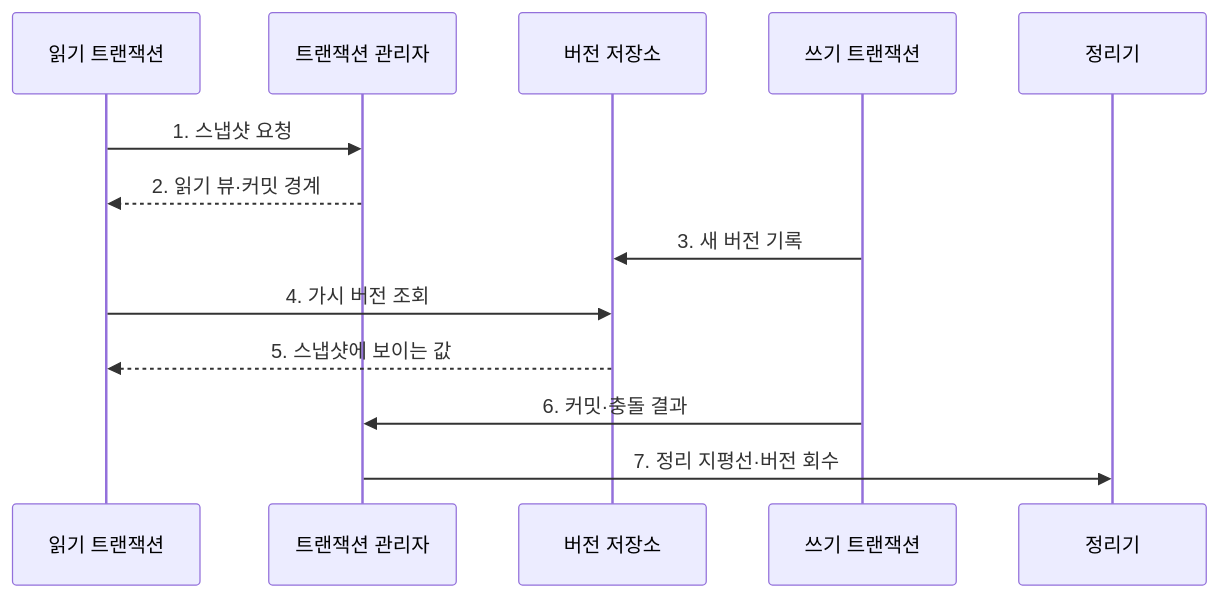
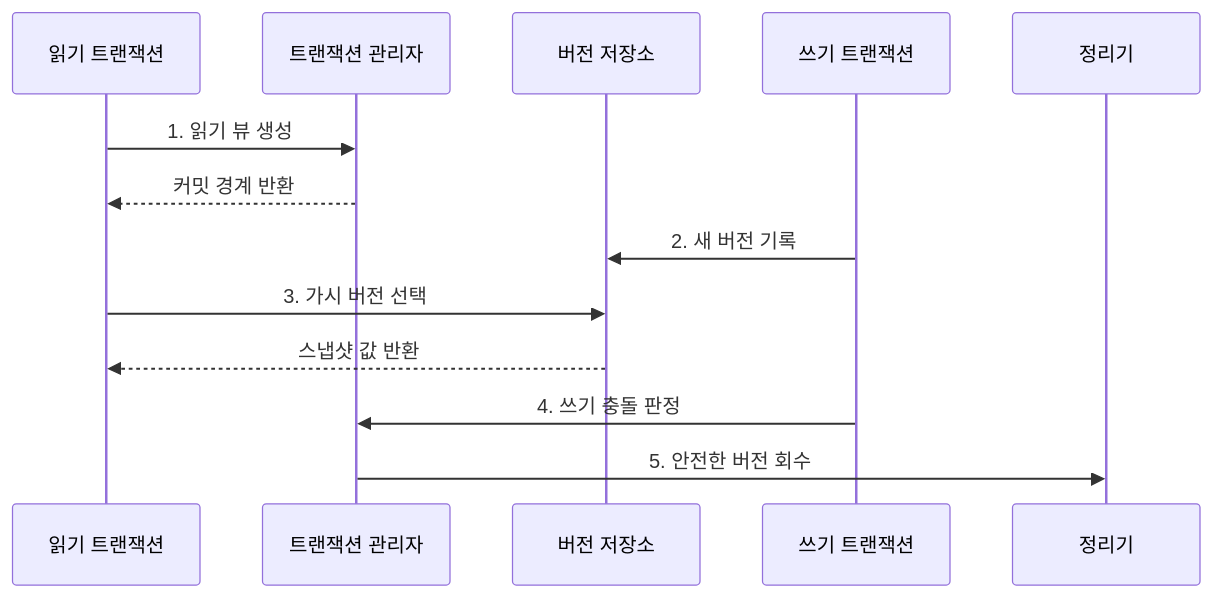
One commit to agnusdei1207/knowledge-base changed the second of 2 diagrams in src/content/docs/notes/03-software/087_mvcc.md. Above: the diagram before and after it, drawn with Mermaid. The commit also changed other lines of this file and 238 other files, not shown here.

````diff
--- a/src/content/docs/notes/03-software/087_mvcc.md
+++ b/src/content/docs/notes/03-software/087_mvcc.md
@@ -77,15 +77,15 @@
 ```mermaid
 sequenceDiagram
     participant R as 읽기 트랜잭션
     participant M as 트랜잭션 관리자
     participant V as 버전 저장소
     participant W as 쓰기 트랜잭션
     participant G as 정리기
-    R->>M: 1. 스냅샷 요청
-    M-->>R: 2. 읽기 뷰·커밋 경계
-    W->>V: 3. 새 버전 기록
-    R->>V: 4. 가시 버전 조회
-    V-->>R: 5. 스냅샷에 보이는 값
-    W->>M: 6. 커밋·충돌 결과
-    M->>G: 7. 정리 지평선·버전 회수
+    R->>M: 1. 읽기 뷰 생성
+    M-->>R: 커밋 경계 반환
+    W->>V: 2. 새 버전 기록
+    R->>V: 3. 가시 버전 선택
+    V-->>R: 스냅샷 값 반환
+    W->>M: 4. 쓰기 충돌 판정
+    M->>G: 5. 안전한 버전 회수
 ```
````
